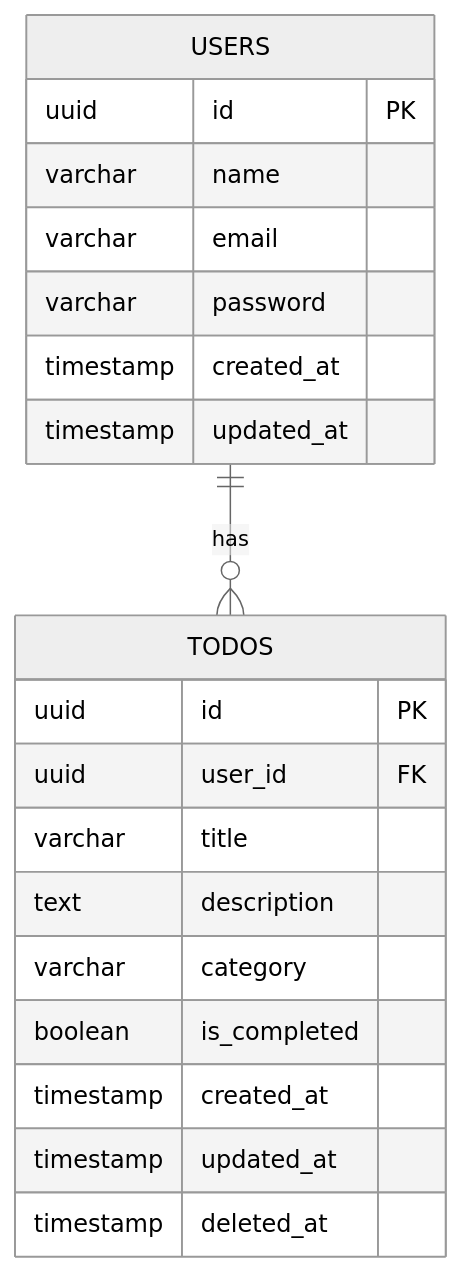
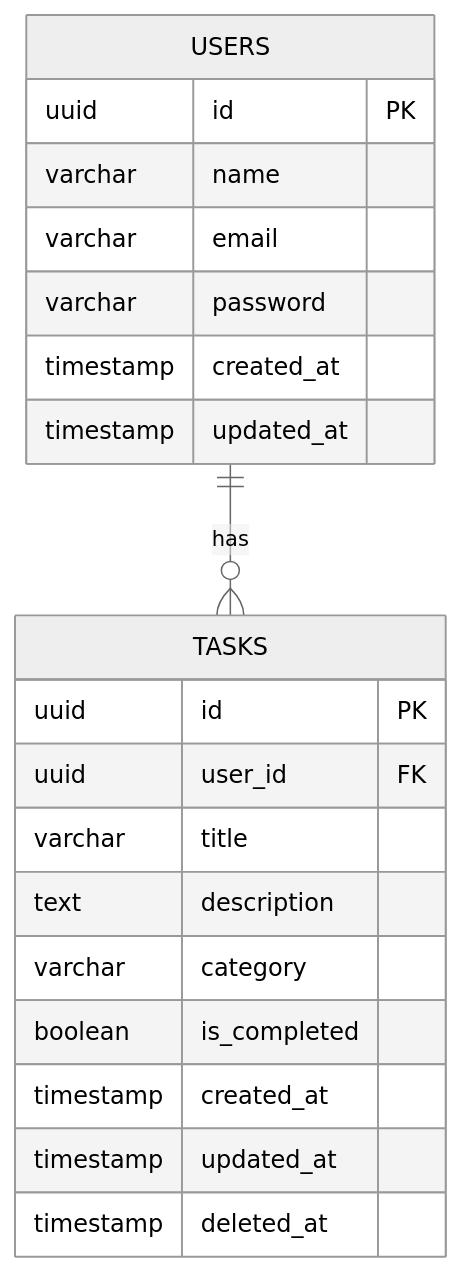
Before and after one commit to sarahnh05/microservices-task-management-system: the diagram in README.md, drawn with Mermaid (neutral theme). The commit also changed other lines of this file and 1 other file, not shown here.

````diff
--- a/README.md
+++ b/README.md
@@ -37,25 +50,25 @@
 ```mermaid
 erDiagram
     USERS {
         uuid id PK
         varchar name
         varchar email
         varchar password
         timestamp created_at
         timestamp updated_at
     }
 
-    TODOS {
+    TASKS {
         uuid id PK
         uuid user_id FK
         varchar title
         text description
         varchar category
         boolean is_completed
         timestamp created_at
         timestamp updated_at
         timestamp deleted_at
     }
 
-    USERS ||--o{ TODOS : has
+    USERS ||--o{ TASKS : has
 ```
````
